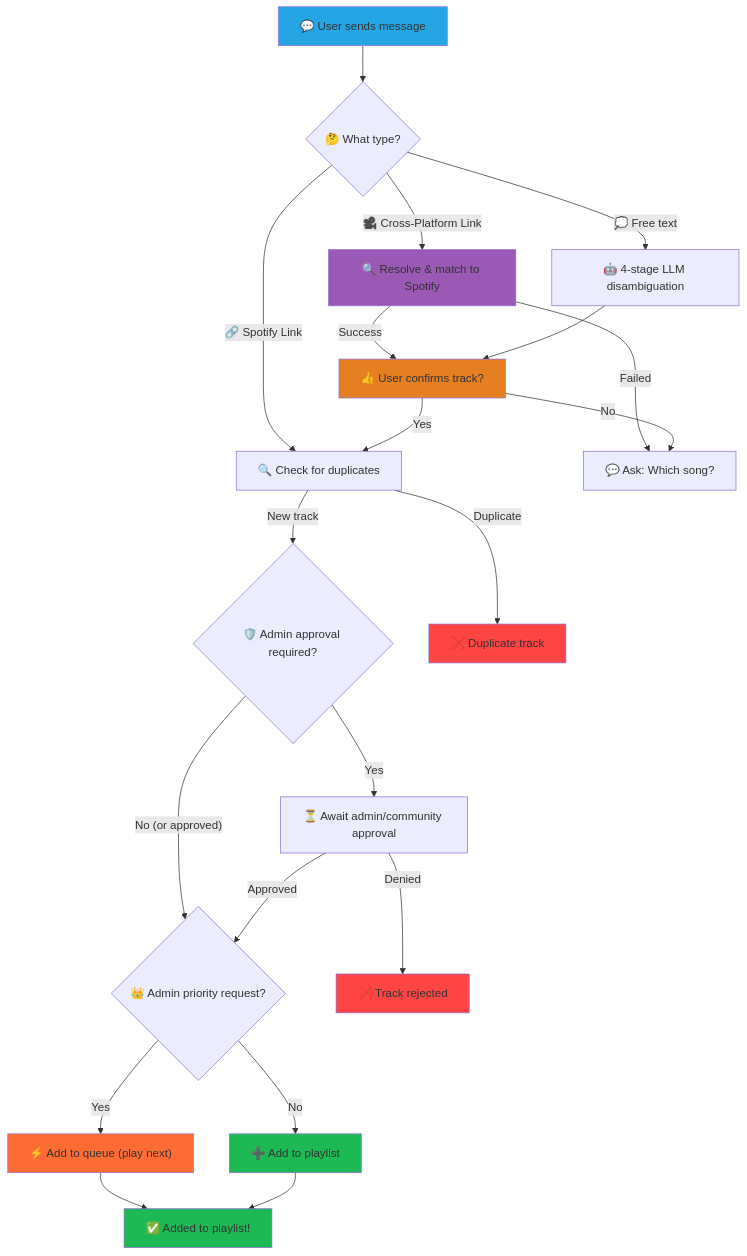
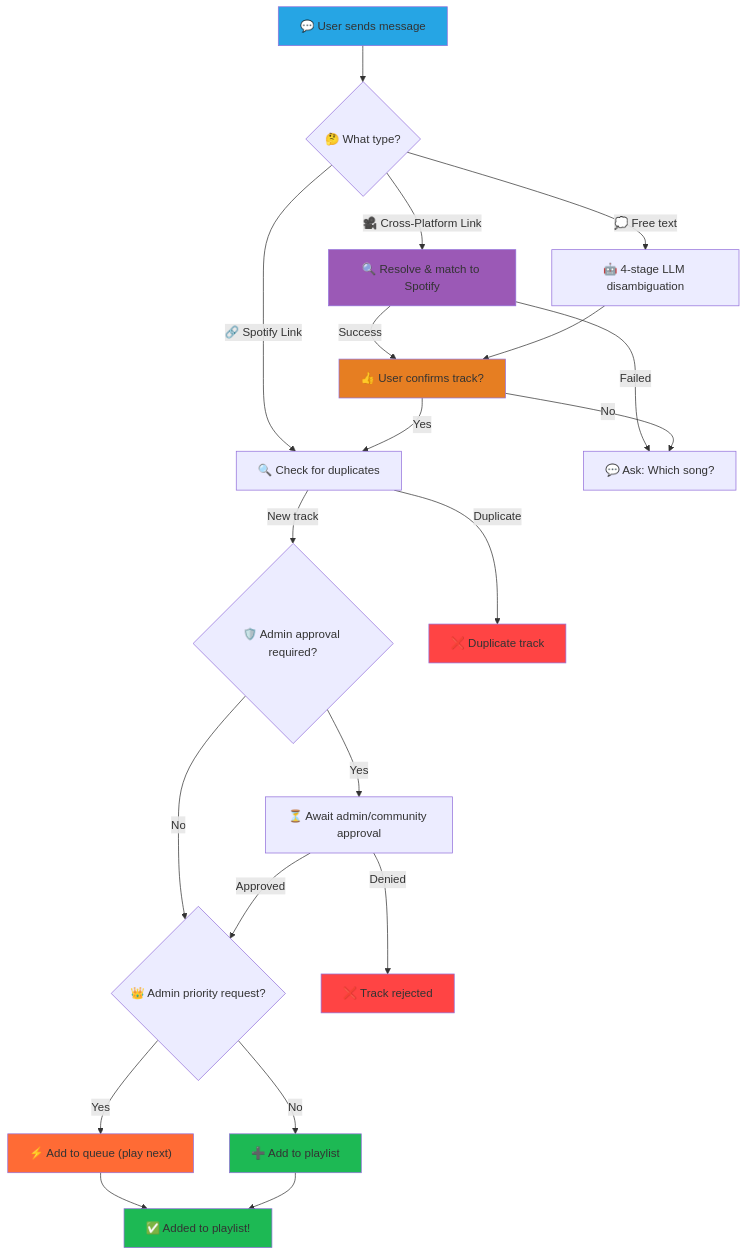
The diagram in README.md (Enteee/DJAlgoRhythm), drawn with Mermaid before and after one commit.

Commit message:
docs: Simplify admin approval flow label
Changed "No (or approved)" to just "No" for the admin approval branch,
since the approved case is already explicitly shown by the separate
ADMIN → PRIORITY path.

🤖 Generated with [Claude Code](https://claude.com/claude-code)

````diff
--- a/README.md
+++ b/README.md
@@ -332,39 +332,39 @@
 ```mermaid
 graph TD
     A["💬 User sends message"] --> B{"🤔 What type?"}
     B -->|"🔗 Spotify Link"| C1["🔍 Check for duplicates"]
     B -->|"🎥 Cross-Platform Link"| C3["🔍 Resolve & match to Spotify"]
     B -->|"💭 Free text"| E["🤖 4-stage LLM disambiguation"]
 
     C3 -->|"Success"| CONFIRM["👍 User confirms track?"]
     C3 -->|"Failed"| D["💬 Ask: Which song?"]
 
     C1 -->|"New track"| C2{"🛡️ Admin approval required?"}
     C1 -->|"Duplicate"| REJECT_DUP["❌ Duplicate track"]
 
     E --> CONFIRM
 
     CONFIRM -->|"Yes"| C1
     CONFIRM -->|"No"| D
 
     C2 -->|"Yes"| ADMIN["⏳ Await admin/community approval"]
-    C2 -->|"No (or approved)"| PRIORITY{"👑 Admin priority request?"}
+    C2 -->|"No"| PRIORITY{"👑 Admin priority request?"}
 
     ADMIN -->|"Approved"| PRIORITY
     ADMIN -->|"Denied"| REJECT_DENY["❌ Track rejected"]
 
     PRIORITY -->|"Yes"| QUEUE["⚡ Add to queue (play next)"]
     PRIORITY -->|"No"| PLAYLIST["➕ Add to playlist"]
 
     QUEUE --> J["✅ Priority track queued!"]
     PLAYLIST --> J["✅ Added to playlist!"]
 
     style PLAYLIST fill:#1DB954
     style QUEUE fill:#FF6B35
     style J fill:#1DB954
     style A fill:#26A5E4
     style REJECT_DUP fill:#FF4444
     style REJECT_DENY fill:#FF4444
     style CONFIRM fill:#E67E22
     style C3 fill:#9B59B6
 ```
````
